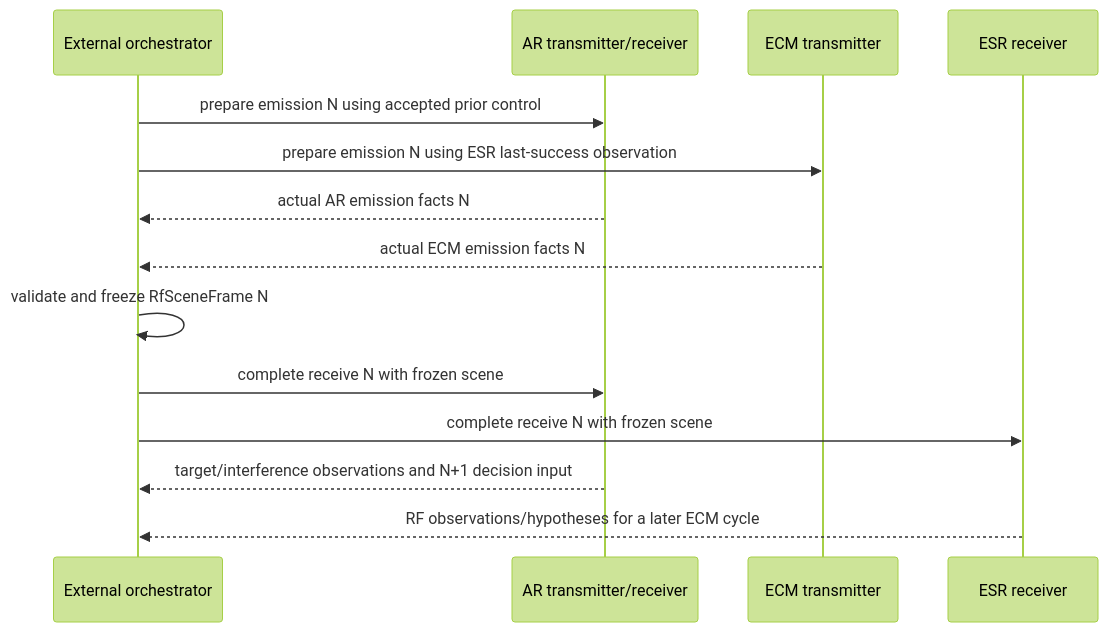
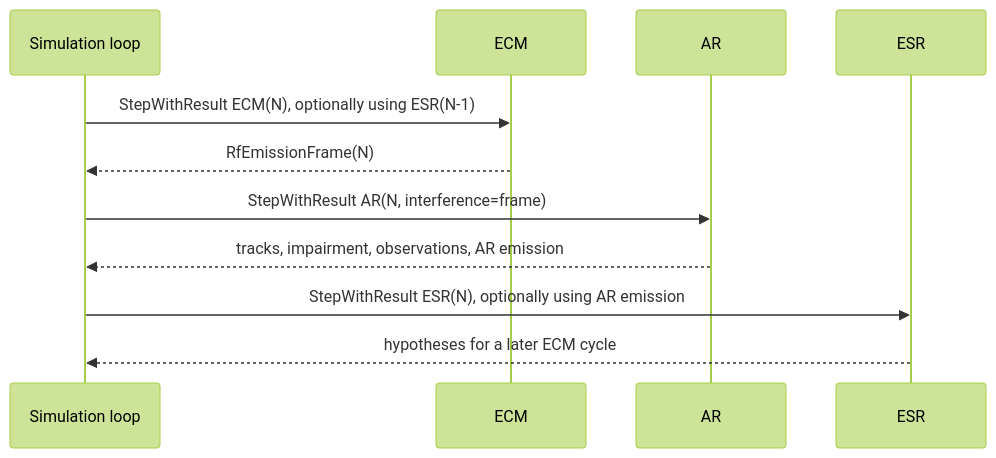
One commit to boilwater-3/1q changed the first of 2 diagrams in docs/common/contract.md. Above: the diagram before and after it, drawn with Mermaid (forest theme). The commit also changed other lines of this file and 2 other files, not shown here.

Commit message:
docs(rf): simplify AR interference exchange

````diff
--- a/docs/common/contract.md
+++ b/docs/common/contract.md
@@ -119,16 +120,13 @@
 ```mermaid
 sequenceDiagram
-  participant O as External orchestrator
-  participant AR as AR transmitter/receiver
-  participant ECM as ECM transmitter
-  participant ESR as ESR receiver
-  O->>AR: prepare emission N using accepted prior control
-  O->>ECM: prepare emission N using ESR last-success observation
-  AR-->>O: actual AR emission facts N
-  ECM-->>O: actual ECM emission facts N
-  O->>O: validate and freeze RfSceneFrame N
-  O->>AR: complete receive N with frozen scene
-  O->>ESR: complete receive N with frozen scene
-  AR-->>O: target/interference observations and N+1 decision input
-  ESR-->>O: RF observations/hypotheses for a later ECM cycle
+  participant Caller as Simulation loop
+  participant ECM as ECM
+  participant AR as AR
+  participant ESR as ESR
+  Caller->>ECM: StepWithResult ECM(N), optionally using ESR(N-1)
+  ECM-->>Caller: RfEmissionFrame(N)
+  Caller->>AR: StepWithResult AR(N, interference=frame)
+  AR-->>Caller: tracks, impairment, observations, AR emission
+  Caller->>ESR: StepWithResult ESR(N), optionally using AR emission
+  ESR-->>Caller: hypotheses for a later ECM cycle
 ```
````
